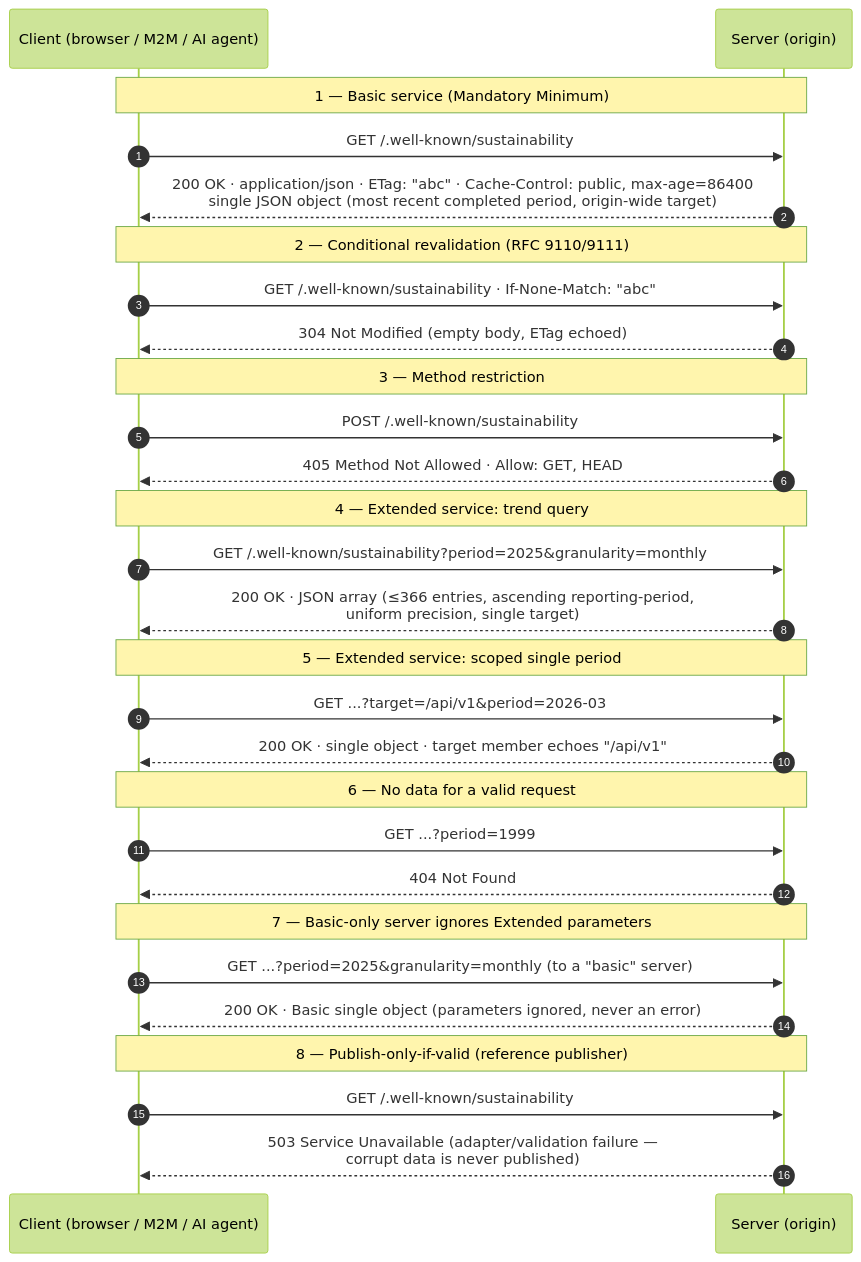
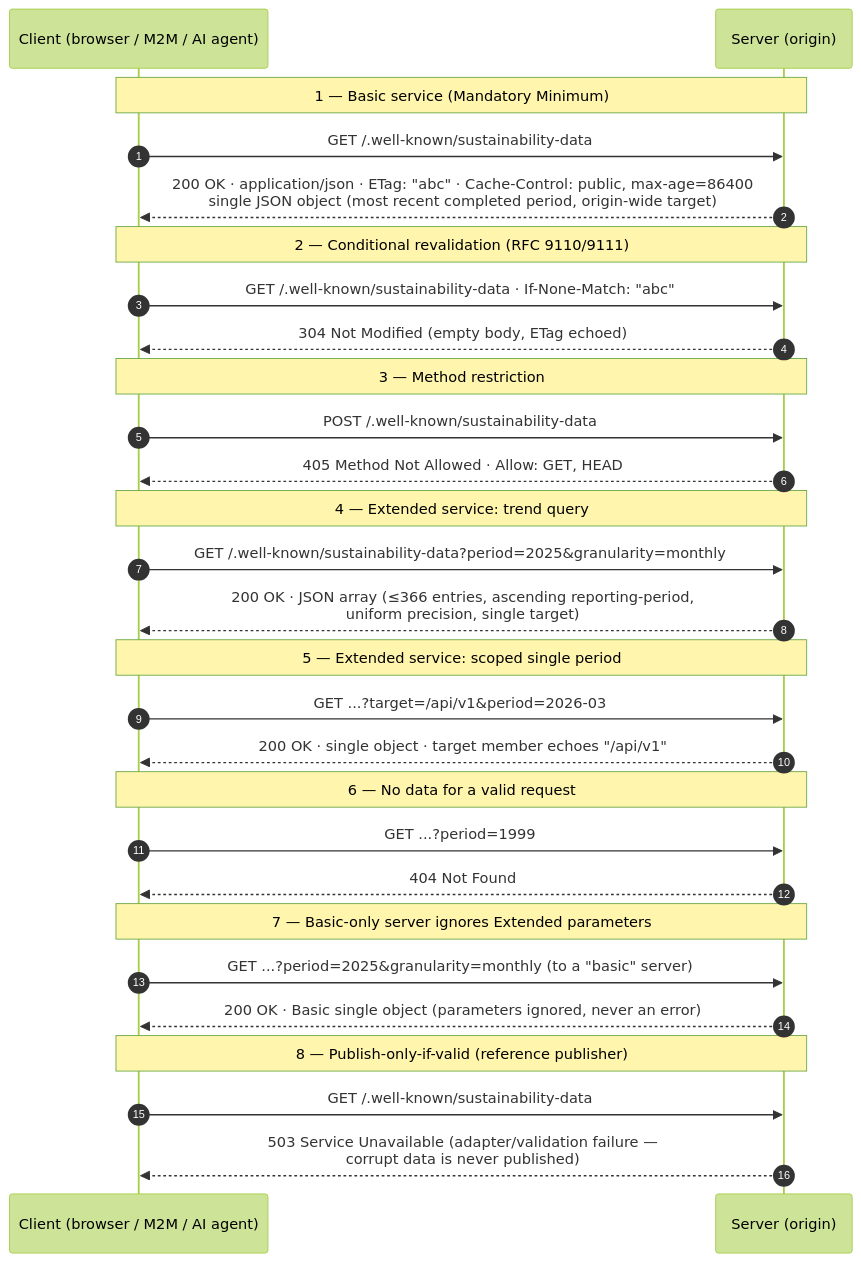
One commit to andreibesleaga/rfc-sustainability-wellknown changed the third of 10 diagrams in architecture/README.md. Above: the diagram before and after it, drawn with Mermaid (forest theme). The commit also changed other lines of this file and 117 other files, not shown here.

````diff
--- a/architecture/README.md
+++ b/architecture/README.md
@@ -247,38 +250,38 @@
 ```mermaid
 sequenceDiagram
     autonumber
     participant C as Client (browser / M2M / AI agent)
     participant S as Server (origin)
 
     Note over C,S: 1 — Basic service (Mandatory Minimum)
-    C->>S: GET /.well-known/sustainability
+    C->>S: GET /.well-known/sustainability-data
     S-->>C: 200 OK · application/json · ETag: "abc" · Cache-Control: public, max-age=86400<br/>single JSON object (most recent completed period, origin-wide target)
 
     Note over C,S: 2 — Conditional revalidation (RFC 9110/9111)
-    C->>S: GET /.well-known/sustainability · If-None-Match: "abc"
+    C->>S: GET /.well-known/sustainability-data · If-None-Match: "abc"
     S-->>C: 304 Not Modified (empty body, ETag echoed)
 
     Note over C,S: 3 — Method restriction
-    C->>S: POST /.well-known/sustainability
+    C->>S: POST /.well-known/sustainability-data
     S-->>C: 405 Method Not Allowed · Allow: GET, HEAD
 
     Note over C,S: 4 — Extended service: trend query
-    C->>S: GET /.well-known/sustainability?period=2025&granularity=monthly
+    C->>S: GET /.well-known/sustainability-data?period=2025&granularity=monthly
     S-->>C: 200 OK · JSON array (≤366 entries, ascending reporting-period,<br/>uniform precision, single target)
 
     Note over C,S: 5 — Extended service: scoped single period
     C->>S: GET ...?target=/api/v1&period=2026-03
     S-->>C: 200 OK · single object · target member echoes "/api/v1"
 
     Note over C,S: 6 — No data for a valid request
     C->>S: GET ...?period=1999
     S-->>C: 404 Not Found
 
     Note over C,S: 7 — Basic-only server ignores Extended parameters
     C->>S: GET ...?period=2025&granularity=monthly (to a "basic" server)
     S-->>C: 200 OK · Basic single object (parameters ignored, never an error)
 
     Note over C,S: 8 — Publish-only-if-valid (reference publisher)
-    C->>S: GET /.well-known/sustainability
+    C->>S: GET /.well-known/sustainability-data
     S-->>C: 503 Service Unavailable (adapter/validation failure —<br/>corrupt data is never published)
 ```
````
